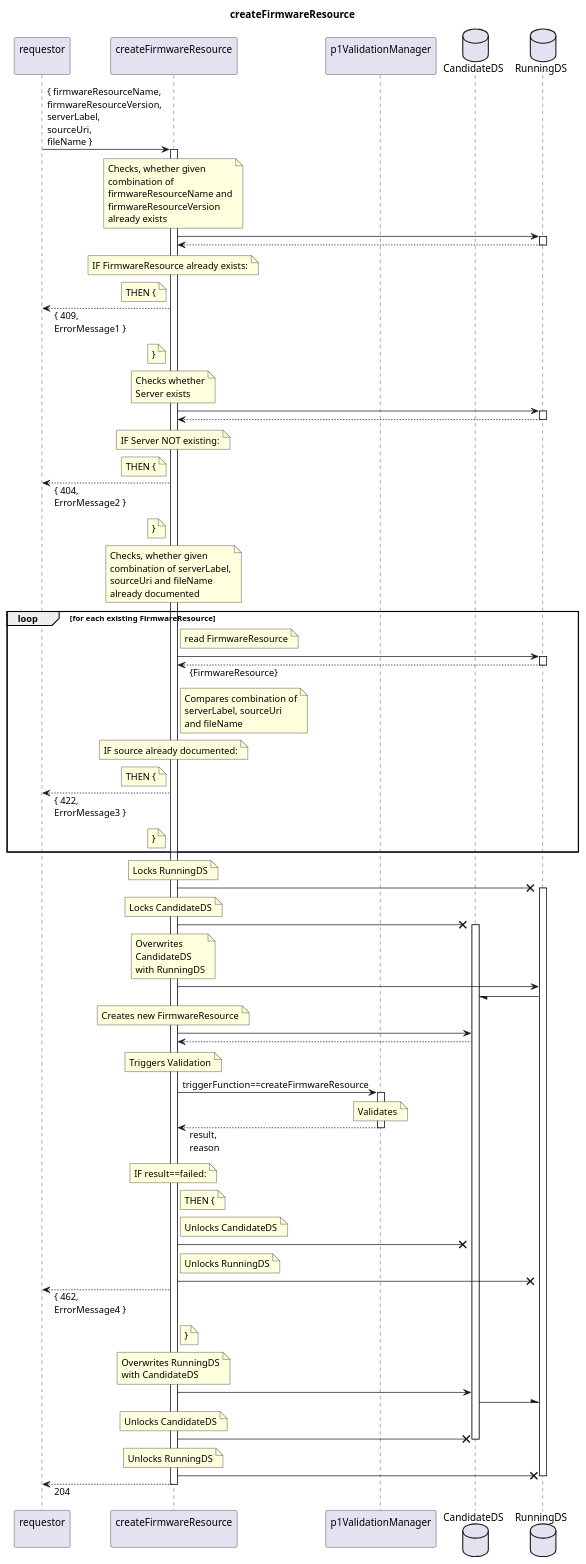
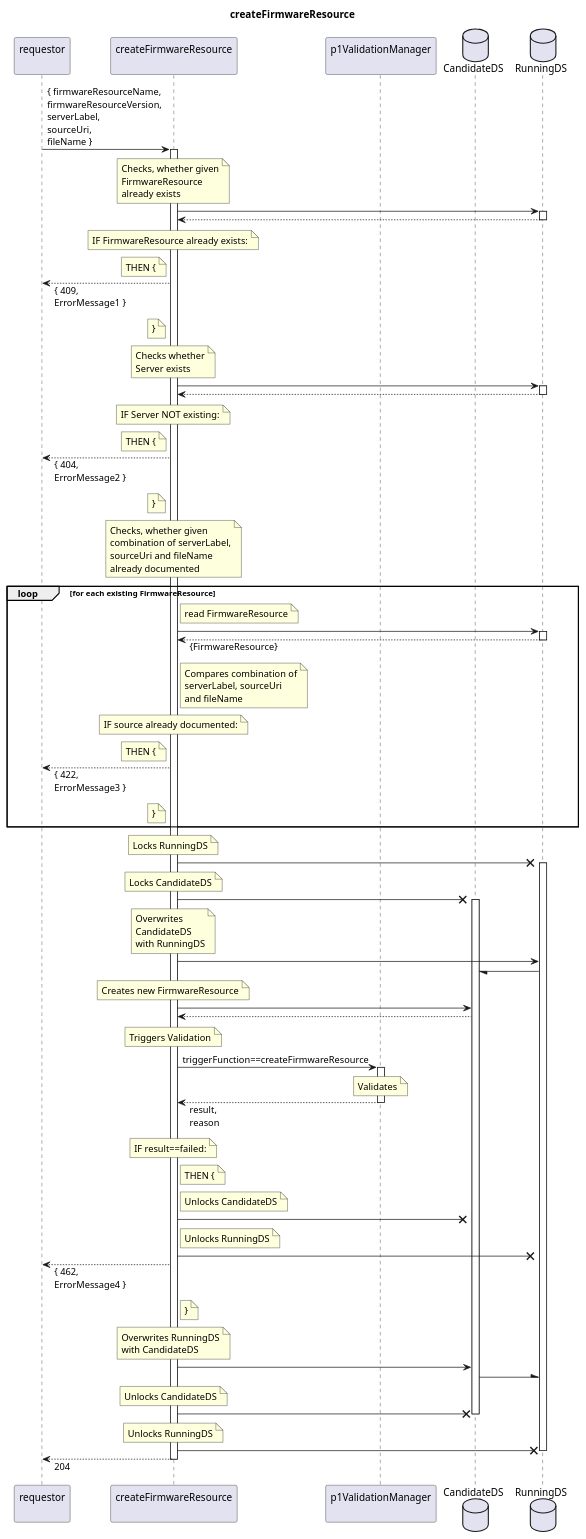
One commit to openBackhaul/FirmWareManager changed the diagram in spec/Services/createFirmwareResource/1.0.0/createFirmwareResource.plantuml. Above: the diagram before and after it, drawn with PlantUML. The commit also changed 69 other files, not shown here.

```diff
--- a/spec/Services/createFirmwareResource/1.0.0/createFirmwareResource.plantuml
+++ b/spec/Services/createFirmwareResource/1.0.0/createFirmwareResource.plantuml
@@ -1,162 +1,160 @@
 @startuml createFirmwareResource
 skinparam responseMessageBelowArrow true
 
 title
   createFirmwareResource
 end title
 
 participant "requestor\n" as requestor
 participant "createFirmwareResource\n" as indServ
 participant "p1ValidationManager\n" as valiMan
 database "CandidateDS" as CanDS
 database "RunningDS" as RunDS
 
 requestor -> indServ: { firmwareResourceName,\nfirmwareResourceVersion,\nserverLabel,\nsourceUri,\nfileName }
 activate indServ
 
   note over indServ
     Checks, whether given
-    combination of
-    firmwareResourceName and
-    firmwareResourceVersion
+    FirmwareResource
     already exists
   end note
   indServ -> RunDS
   activate RunDS
   indServ <-- RunDS
   deactivate RunDS
   note over indServ
     IF FirmwareResource already exists:
   end note
   note left indServ
     THEN {
   end note
   requestor <-- indServ: { 409,\nErrorMessage1 }
   note left indServ
     }
   end note
 
   note over indServ
     Checks whether
     Server exists
   end note
   indServ -> RunDS
   activate RunDS
   indServ <-- RunDS
   deactivate RunDS
   note over indServ
     IF Server NOT existing:
   end note
   note left indServ
     THEN {
   end note
   requestor <-- indServ: { 404,\nErrorMessage2 }
   note left indServ
     }
   end note
 
   note over indServ
     Checks, whether given
     combination of serverLabel,
     sourceUri and fileName
     already documented
   end note
   loop for each existing FirmwareResource
     note right indServ
       read FirmwareResource
     end note
     indServ -> RunDS
     activate RunDS
     indServ <-- RunDS: {FirmwareResource}
     deactivate RunDS
     note right indServ
       Compares combination of
       serverLabel, sourceUri
       and fileName
     end note
     note over indServ
       IF source already documented:
     end note
     note left indServ
       THEN {
     end note
     requestor <-- indServ: { 422,\nErrorMessage3 }
     note left indServ
       }
     end note
   end loop
 
   note over indServ
     Locks RunningDS
   end note
   indServ -X RunDS
   activate RunDS
   note over indServ
     Locks CandidateDS
   end note
   indServ -X CanDS
   activate CanDS
   note over indServ
     Overwrites
     CandidateDS
     with RunningDS
   end note
   indServ -> RunDS
   RunDS -/ CanDS
 
   note over indServ
     Creates new FirmwareResource
   end note
   indServ -> CanDS
   indServ <-- CanDS
 
   note over indServ
     Triggers Validation
   end note
   indServ -> valiMan: triggerFunction==createFirmwareResource
   activate valiMan
     note over valiMan
       Validates
     end note
   indServ <-- valiMan: result,\nreason
   deactivate valiMan
   note over indServ
     IF result==failed:
   end note
   note right indServ
     THEN {
   end note
   note right indServ
     Unlocks CandidateDS
   end note
   indServ -X CanDS
   note right indServ
     Unlocks RunningDS
   end note
   indServ -X RunDS
   requestor <-- indServ: { 462,\nErrorMessage4 }
   note right indServ
     }
   end note
 
   note over indServ
     Overwrites RunningDS
     with CandidateDS
   end note
   indServ -> CanDS
   CanDS -\ RunDS
   note over indServ
     Unlocks CandidateDS
   end note
   indServ -X CanDS
   deactivate CanDS
   note over indServ
     Unlocks RunningDS
   end note
   indServ -X RunDS
   deactivate RunDS
 
 requestor <-- indServ: 204
 deactivate indServ
 
 @enduml
```
